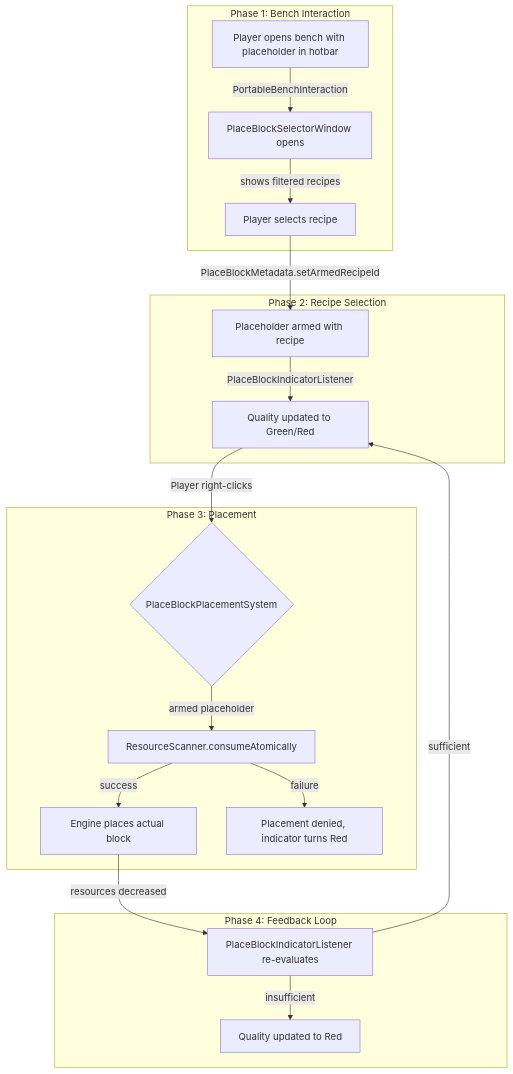
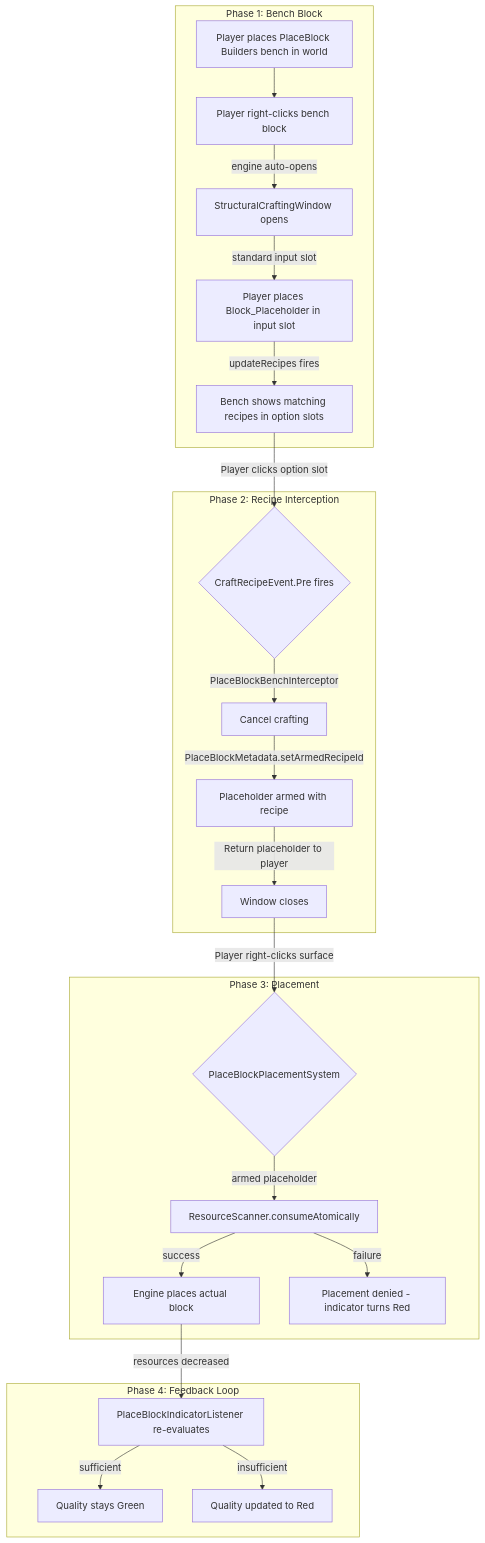
The second of 6 diagrams in docs/Plans/design-placeblock-building-tool.md (TheCodeCreature/Hytale-Example-Plugin), drawn with Mermaid before and after one commit. The commit also changed other lines of this file and 12 other files, not shown here.

First line of the commit message:
Refactor PlaceBlock Building Tool Documentation and Introduce Blueprint Bench

````diff
--- a/docs/Plans/design-placeblock-building-tool.md
+++ b/docs/Plans/design-placeblock-building-tool.md
@@ -92,25 +154,29 @@
 ```mermaid
 graph TB
-    subgraph "Phase 1: Bench Interaction"
-        A[Player opens bench with placeholder in hotbar] -->|PortableBenchInteraction| B[PlaceBlockSelectorWindow opens]
-        B -->|shows filtered recipes| C[Player selects recipe]
+    subgraph "Phase 1: Bench Block"
+        A[Player places PlaceBlock Builders bench in world] --> B[Player right-clicks bench block]
+        B -->|engine auto-opens| C[StructuralCraftingWindow opens]
+        C -->|standard input slot| D[Player places Block_Placeholder in input slot]
+        D -->|updateRecipes fires| E[Bench shows matching recipes in option slots]
     end
 
-    subgraph "Phase 2: Recipe Selection"
-        C -->|PlaceBlockMetadata.setArmedRecipeId| D[Placeholder armed with recipe]
-        D -->|PlaceBlockIndicatorListener| E[Quality updated to Green/Red]
+    subgraph "Phase 2: Recipe Interception"
+        E -->|Player clicks option slot| F{CraftRecipeEvent.Pre fires}
+        F -->|PlaceBlockBenchInterceptor| G[Cancel crafting]
+        G -->|PlaceBlockMetadata.setArmedRecipeId| H[Placeholder armed with recipe]
+        H -->|Return placeholder to player| I[Window closes]
     end
 
     subgraph "Phase 3: Placement"
-        E -->|Player right-clicks| F{PlaceBlockPlacementSystem}
-        F -->|armed placeholder| G[ResourceScanner.consumeAtomically]
-        G -->|success| H[Engine places actual block]
-        G -->|failure| I[Placement denied, indicator turns Red]
+        I -->|Player right-clicks surface| J{PlaceBlockPlacementSystem}
+        J -->|armed placeholder| K[ResourceScanner.consumeAtomically]
+        K -->|success| L[Engine places actual block]
+        K -->|failure| M[Placement denied - indicator turns Red]
     end
 
     subgraph "Phase 4: Feedback Loop"
-        H -->|resources decreased| J[PlaceBlockIndicatorListener re-evaluates]
-        J -->|sufficient| E
-        J -->|insufficient| K[Quality updated to Red]
+        L -->|resources decreased| N[PlaceBlockIndicatorListener re-evaluates]
+        N -->|sufficient| O[Quality stays Green]
+        N -->|insufficient| P[Quality updated to Red]
     end
 ```
````
